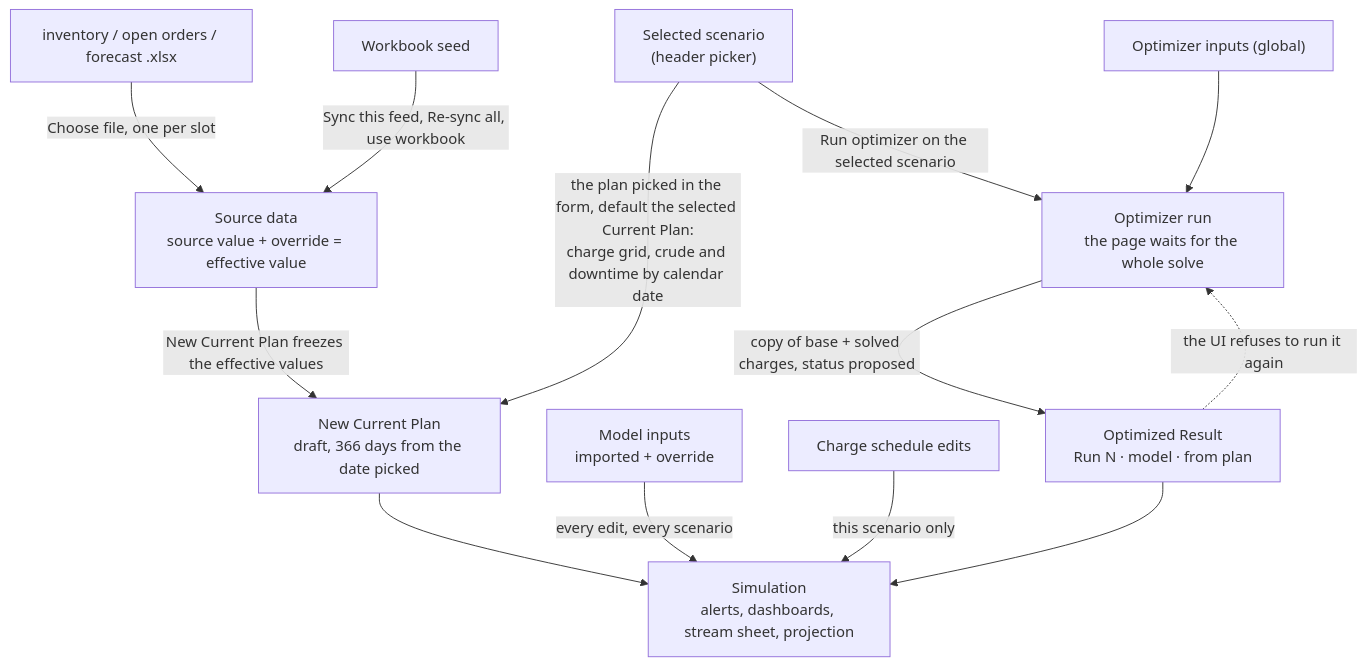
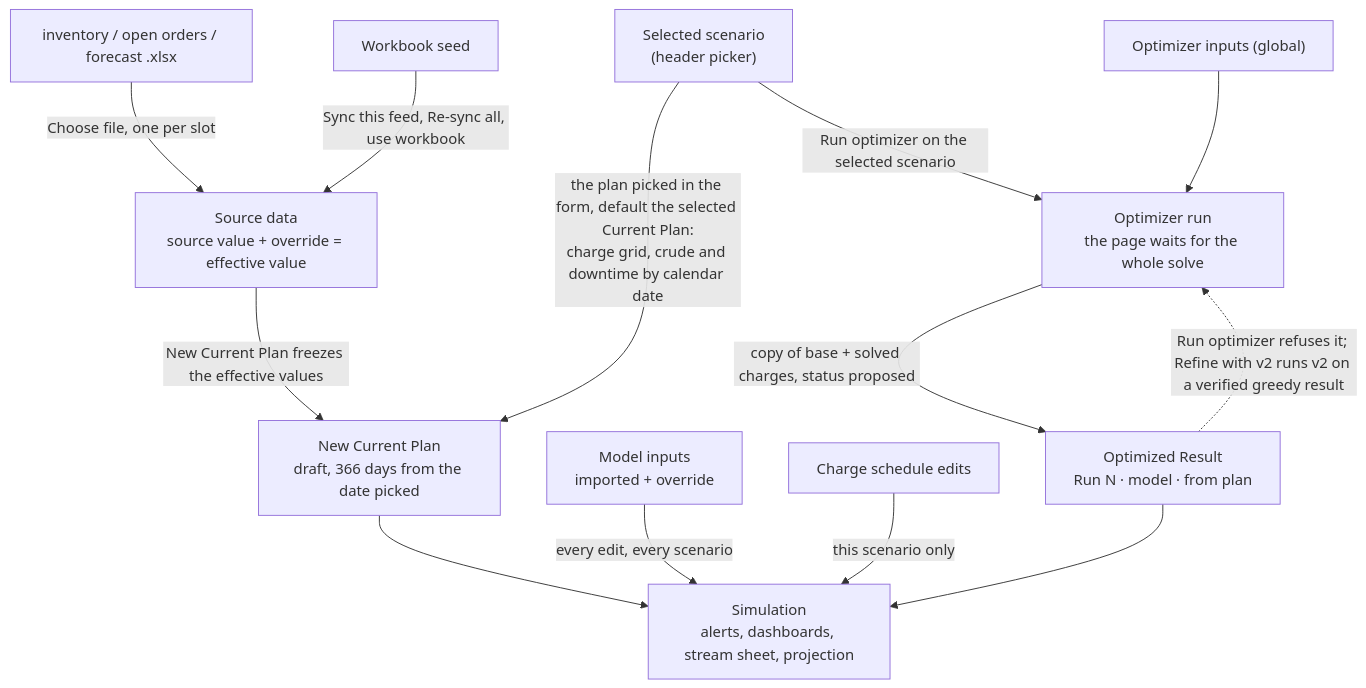
Before and after one commit to Mspagnolo27248/mip-solver-python: the second of 2 diagrams in .claude/skills/ui-ux-audit/ui-flow.md, drawn with Mermaid. The commit also changed other lines of this file and 6 other files, not shown here.

First line of the commit message:
Refine a verified greedy result with v2 from its run card

````diff
--- a/.claude/skills/ui-ux-audit/ui-flow.md
+++ b/.claude/skills/ui-ux-audit/ui-flow.md
@@ -111,18 +111,18 @@
 ```mermaid
 flowchart TD
   FILES["inventory / open orders / forecast .xlsx"] -->|"Choose file, one per slot"| SRC
   WB["Workbook seed"] -->|"Sync this feed, Re-sync all, use workbook"| SRC
   SRC["Source data<br/>source value + override = effective value"]
   SEL["Selected scenario<br/>(header picker)"]
   SRC -->|"New Current Plan freezes the effective values"| SCN
   SEL -->|"the plan picked in the form, default the selected Current Plan:<br/>charge grid, crude and downtime by calendar date"| SCN
   SCN["New Current Plan<br/>draft, 366 days from the date picked"]
   REFD["Model inputs<br/>imported + override"] -->|"every edit, every scenario"| SIM
   SCN --> SIM["Simulation<br/>alerts, dashboards, stream sheet, projection"]
   EDIT["Charge schedule edits"] -->|"this scenario only"| SIM
   OPT["Optimizer inputs (global)"] --> RUN
   SEL -->|"Run optimizer on the selected scenario"| RUN["Optimizer run<br/>the page waits for the whole solve"]
   RUN -->|"copy of base + solved charges, status proposed"| RES["Optimized Result<br/>Run N · model · from plan"]
-  RES -. "the UI refuses to run it again" .-> RUN
+  RES -. "Run optimizer refuses it; Refine with v2 runs v2 on a verified greedy result" .-> RUN
   RES --> SIM
 ```
````
